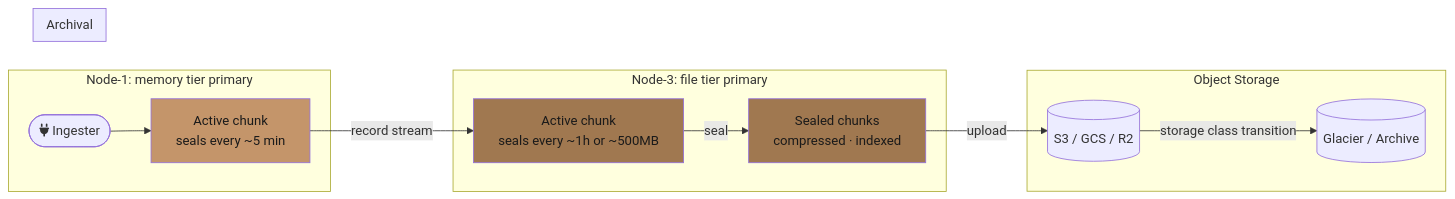
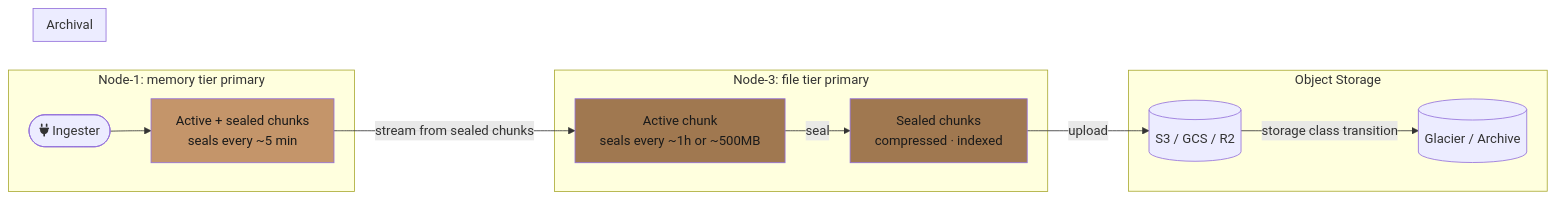
The fifth of 5 diagrams in docs/vision.md (kluzzebass/gastrolog), drawn with Mermaid before and after one commit. The commit also changed other lines of this file, not shown here.

First line of the commit message:
docs: clarify that every tier has active + sealed chunks

````diff
--- a/docs/vision.md
+++ b/docs/vision.md
@@ -253,26 +255,26 @@
 ```mermaid
 flowchart LR
     subgraph node1mem [Node-1: memory tier primary]
-        I([fa:fa-plug Ingester]) --> MA[Active chunk<br/>seals every ~5 min]
+        I([fa:fa-plug Ingester]) --> MA[Active + sealed chunks<br/>seals every ~5 min]
     end
 
-    MA -->|record stream| SA
+    MA -->|stream from sealed chunks| SA
 
     subgraph node3file [Node-3: file tier primary]
         SA[Active chunk<br/>seals every ~1h or ~500MB] -->|seal| SS[Sealed chunks<br/>compressed · indexed]
     end
 
     SS -->|upload| OBJ
 
     subgraph Object Storage
         OBJ[(S3 / GCS / R2)] -->|storage class transition| ARC
     end
 
     subgraph Archival
         ARC[(Glacier / Archive)]
     end
 
     style MA fill:#c4956a,color:#1a1a1a
     style SA fill:#a07850,color:#1a1a1a
     style SS fill:#a07850,color:#1a1a1a
 ```
````
